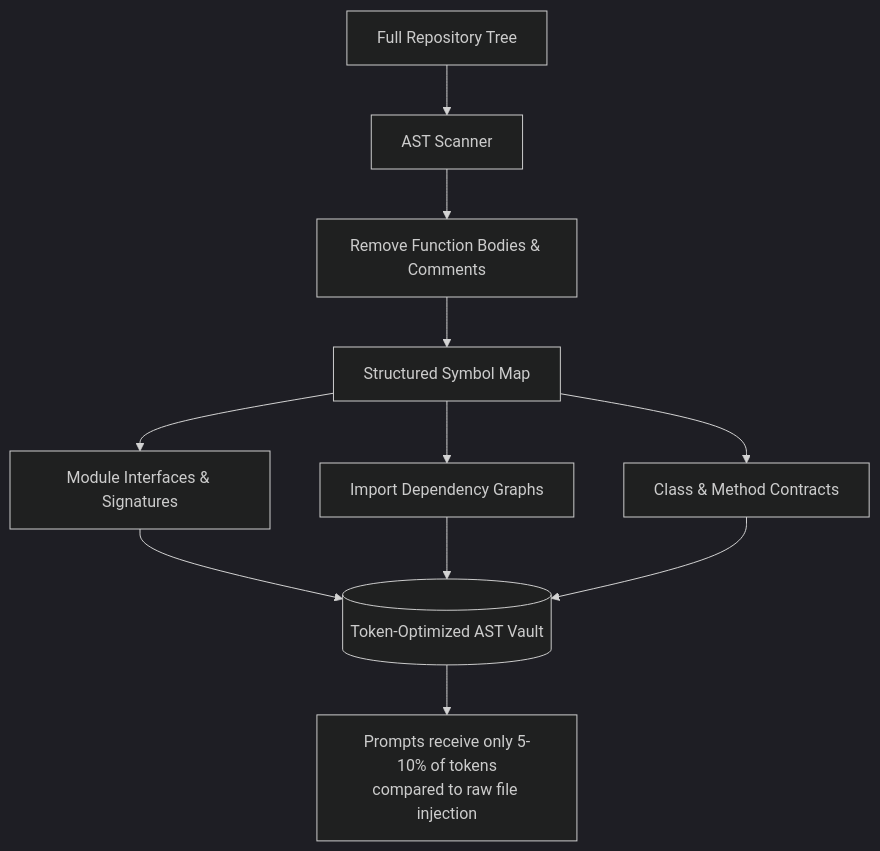
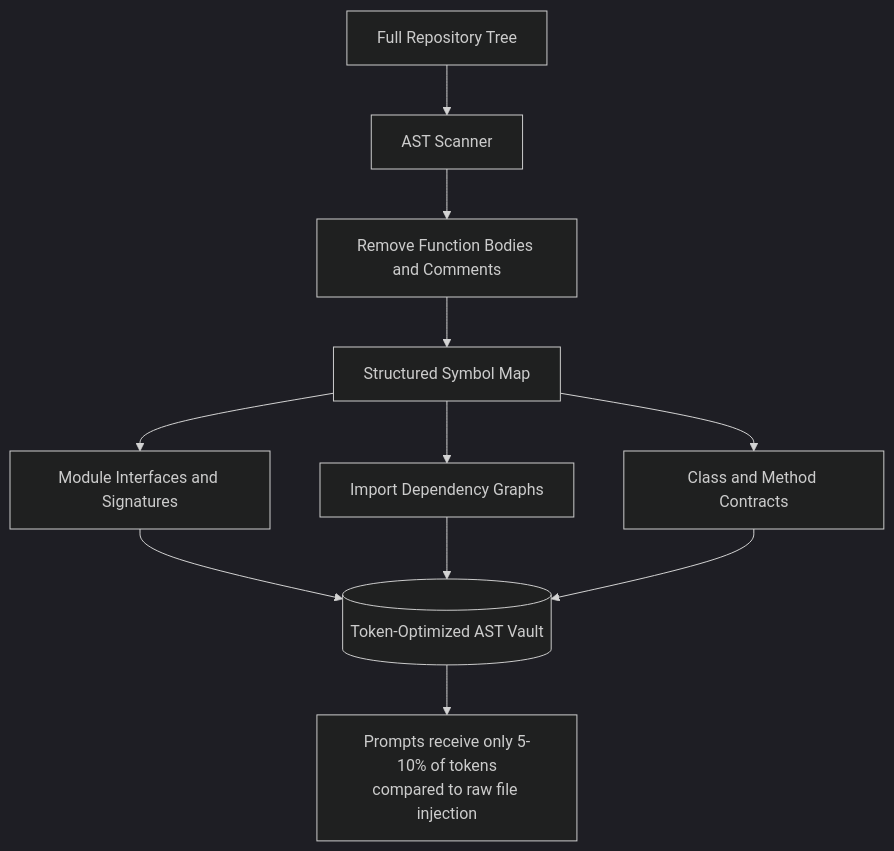
The third of 3 diagrams in docs/AGENT_ORCHESTRATION.md (kajaredhruv433/VectoraFix), drawn with Mermaid (dark theme) before and after one commit. The commit also changed other lines of this file and 3 other files, not shown here.

Commit message:
docs: fix Mermaid diagram syntax errors for GitHub rendering

````diff
--- a/docs/AGENT_ORCHESTRATION.md
+++ b/docs/AGENT_ORCHESTRATION.md
@@ -117,14 +117,16 @@
 ```mermaid
 flowchart TD
-    Repo[Full Repository Tree] --> ASTScanner[AST Scanner]
-    ASTScanner --> Filter[Remove Function Bodies & Comments]
-    Filter --> SymbolMap[Structured Symbol Map]
+    Repo["Full Repository Tree"] --> ASTScanner["AST Scanner"]
+    ASTScanner --> Filter["Remove Function Bodies and Comments"]
+    Filter --> SymbolMap["Structured Symbol Map"]
     
-    SymbolMap --> Chunk1[Module Interfaces & Signatures]
-    SymbolMap --> Chunk2[Import Dependency Graphs]
-    SymbolMap --> Chunk3[Class & Method Contracts]
+    SymbolMap --> Chunk1["Module Interfaces and Signatures"]
+    SymbolMap --> Chunk2["Import Dependency Graphs"]
+    SymbolMap --> Chunk3["Class and Method Contracts"]
 
-    Chunk1 & Chunk2 & Chunk3 --> Cache[(Token-Optimized AST Vault)]
+    Chunk1 --> Cache[("Token-Optimized AST Vault")]
+    Chunk2 --> Cache
+    Chunk3 --> Cache
     
-    Cache --> Prompt[Prompts receive only 5-10% of tokens<br/>compared to raw file injection]
+    Cache --> Prompt["Prompts receive only 5-10% of tokens<br/>compared to raw file injection"]
 ```
````
